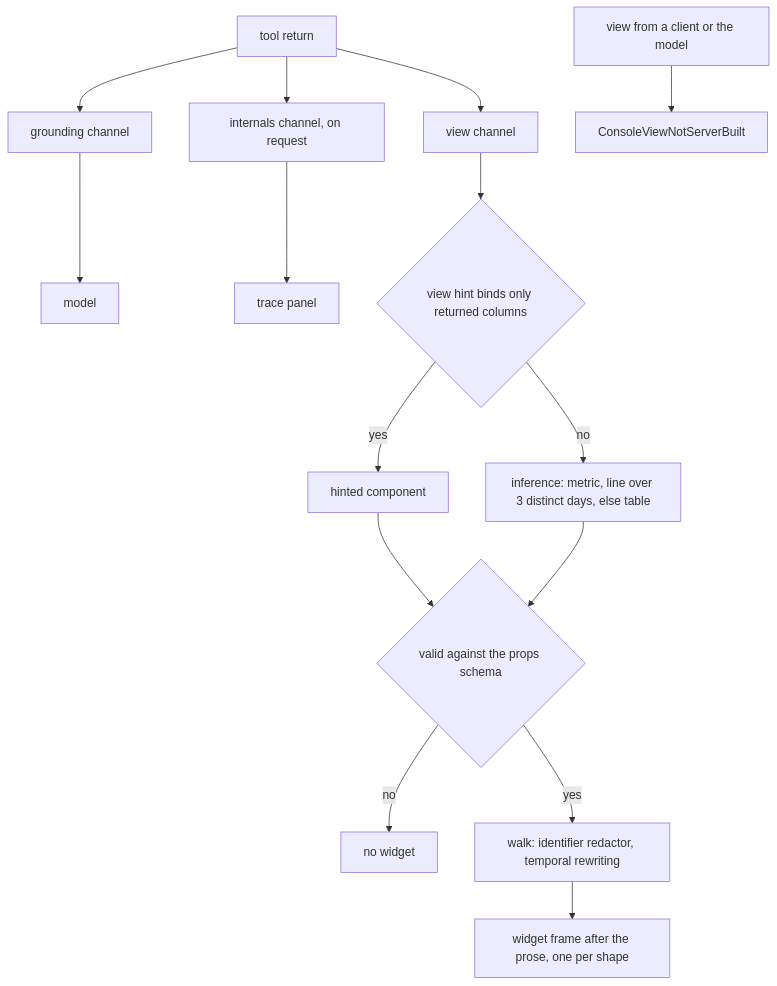
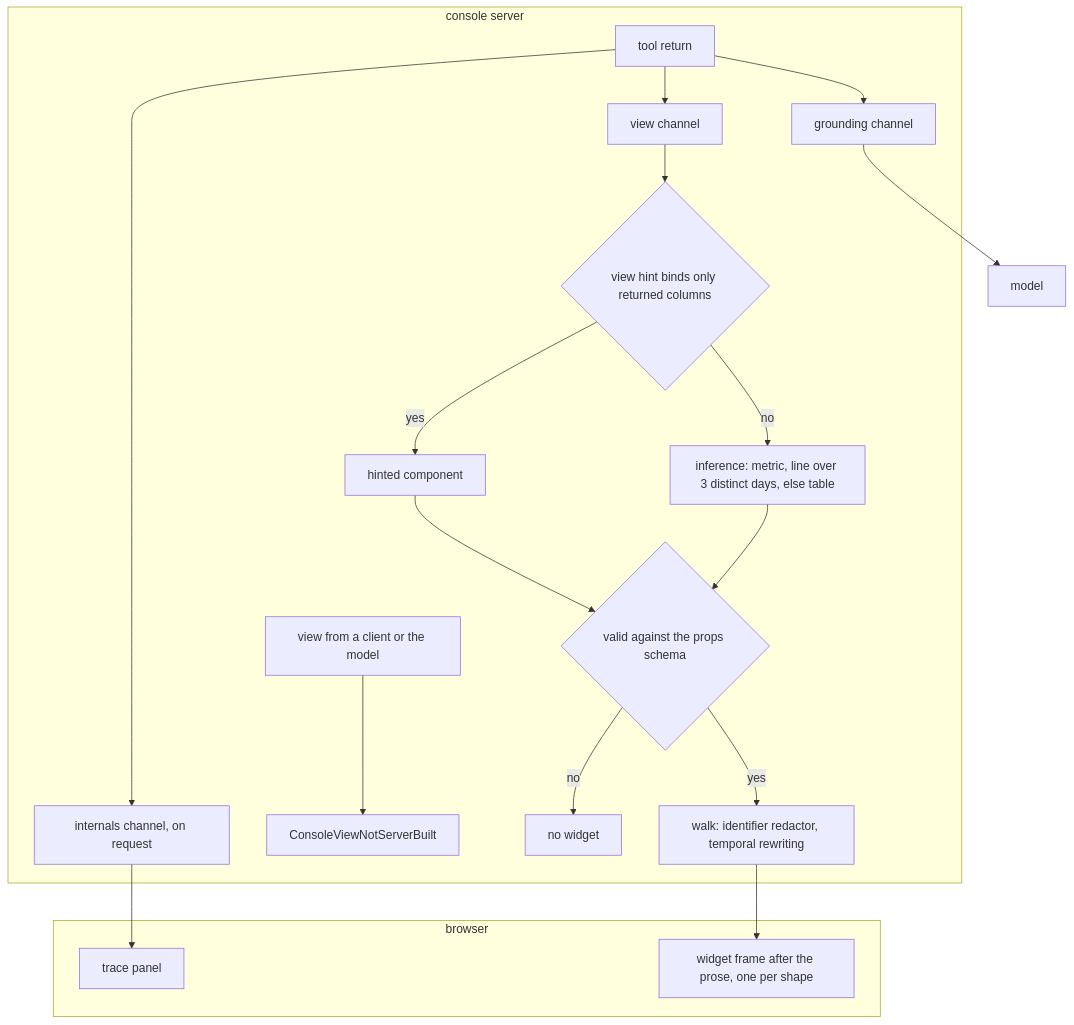
Before and after one commit to fractalboxdev/contextful: the fourth of 5 diagrams in spec/71-console.md, drawn with Mermaid. The commit also changed other lines of this file and 33 other files, not shown here.

Commit message:
spec: diagrams draw contracts, parties and trust zones as containers; a node standing for one is refused

````diff
--- a/spec/71-console.md
+++ b/spec/71-console.md
@@ -198,17 +239,23 @@
 ```mermaid
 flowchart TD
-  TR["tool return"] --> G["grounding channel"]
-  TR --> I["internals channel, on request"]
-  TR --> V["view channel"]
+  subgraph server["console server"]
+    TR["tool return"] --> G["grounding channel"]
+    TR --> I["internals channel, on request"]
+    TR --> V["view channel"]
+    CV["view from a client or the model"] --> E1["ConsoleViewNotServerBuilt"]
+    V --> H{"view hint binds only returned columns"}
+    H -- "yes" --> HC["hinted component"]
+    H -- "no" --> INF["inference: metric, line over 3 distinct days, else table"]
+    HC --> VAL{"valid against the props schema"}
+    INF --> VAL
+    VAL -- "no" --> NONE["no widget"]
+    VAL -- "yes" --> WALK["walk: identifier redactor, temporal rewriting"]
+  end
+  subgraph browser["browser"]
+    TP["trace panel"]
+    W["widget frame after the prose, one per shape"]
+  end
   G --> M["model"]
-  I --> TP["trace panel"]
-  CV["view from a client or the model"] --> E1["ConsoleViewNotServerBuilt"]
-  V --> H{"view hint binds only returned columns"}
-  H -- "yes" --> HC["hinted component"]
-  H -- "no" --> INF["inference: metric, line over 3 distinct days, else table"]
-  HC --> VAL{"valid against the props schema"}
-  INF --> VAL
-  VAL -- "no" --> NONE["no widget"]
-  VAL -- "yes" --> WALK["walk: identifier redactor, temporal rewriting"]
-  WALK --> W["widget frame after the prose, one per shape"]
+  I --> TP
+  WALK --> W
 ```
````
